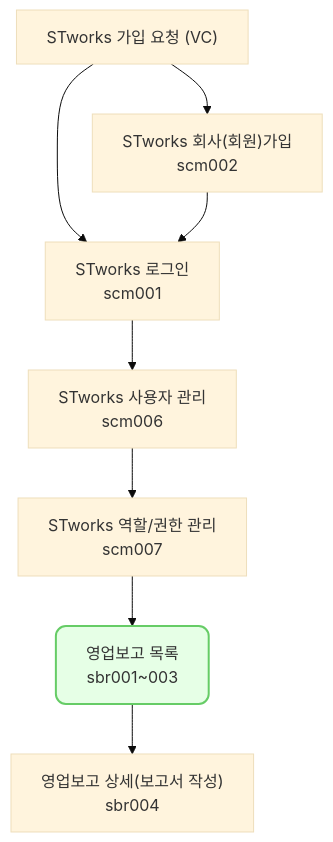
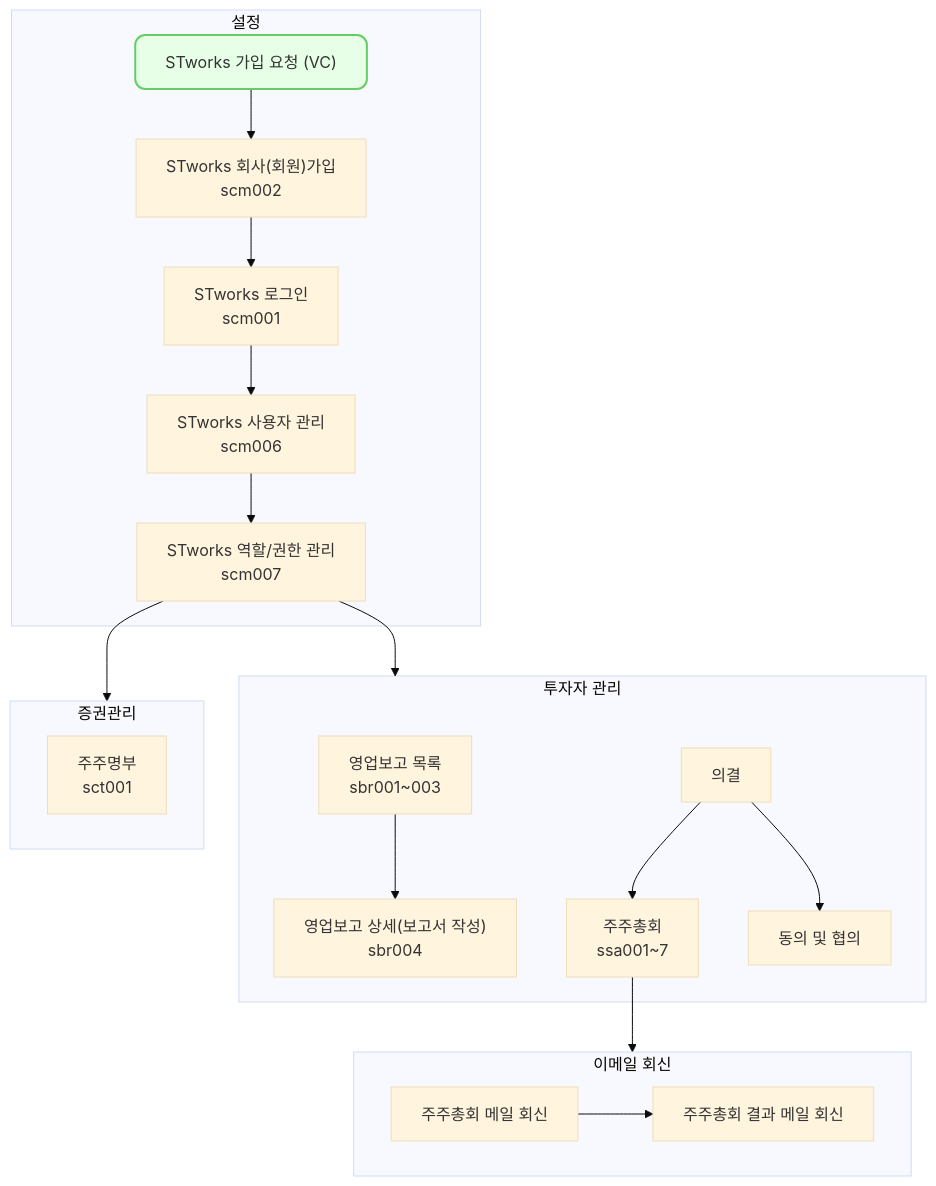
Before and after one commit to ddock-ddock/stworks.github.io: the diagram in _posts/2024-09-05-sbr001.md, drawn with Mermaid (base theme). The commit also changed other lines of this file and 6 other files, not shown here.

````diff
--- a/_posts/2024-09-05-sbr001.md
+++ b/_posts/2024-09-05-sbr001.md
@@ -58,27 +58,61 @@
 ```mermaid
 flowchart TD
-    n1["STworks 가입 요청 (VC)"]
-    n2["STworks 회사(회원)가입<br>scm002"]
-    n3["STworks 로그인<br>scm001"]
-    n4["STworks 사용자 관리<br>scm006"]
-    n5["STworks 역할/권한 관리<br>scm007"]
-    n6["영업보고 목록<br>sbr001~003"]
-    n7["영업보고 상세(보고서 작성)<br>sbr004"]
-    
-    n1 --> n2
-    n1 --> n3
-    n2 --> n3
-    n3 --> n4
-    n4 --> n5
-    n5 --> n6
-    n6 --> n7
 
-    click n2 "{% post_url 2024-09-01-scm002 %}" " "
-    click n3 "{% post_url 2024-09-02-scm001 %}" " "
-    click n4 "{% post_url 2024-09-03-scm006 %}" " "
-    click n5 "{% post_url 2024-09-04-scm007 %}" " "
-    click n6 "{% post_url 2024-09-05-sbr001 %}" " "
-    click n7 "{% post_url 2024-09-06-sbr004 %}" " "
+subgraph s1["설정"]
+    n1["STworks 가입 요청 (VC)"]
+    n2["STworks 회사(회원)가입<br>scm002"]
+    n3["STworks 로그인<br>scm001"]
+    n4["STworks 사용자 관리<br>scm006"]
+    n5["STworks 역할/권한 관리<br>scm007"]
+end
 
-    style n6 fill:#e6ffe6,stroke:#66cc66,stroke-width:2px,rx:10,ry:10,color:#333333,fontColor:#333333
+  
+
+subgraph s2["투자자 관리"]
+    n6["영업보고 목록<br>sbr001~003"]
+    n7["영업보고 상세(보고서 작성)<br>sbr004"]
+    n9["의결"]
+    n10["주주총회<br>ssa001~7"]
+    n11["동의 및 협의"]
+end
+
+  
+
+subgraph s3["증권관리"]
+    n8["주주명부<br>sct001"]
+end
+
+  
+
+subgraph s4["이메일 회신"]
+    n12["주주총회 메일 회신"]
+    n13["주주총회 결과 메일 회신"]
+end
+
+
+    n1 --> n2
+    n2 --> n3
+    n3 --> n4
+    n4 --> n5
+    n5 --> s2 & s3
+    n6 --> n7
+    n9 --> n10 & n11
+    n10 --> s4
+    n12 --> n13
+
+  
+  
+
+    style n1 fill:#e6ffe6,stroke:#66cc66,stroke-width:2px,rx:10,ry:10,color:#333333,fontColor:#333333
+
+    click n2 "{% post_url 2024-09-01-scm002 %}"
+    click n3 "{% post_url 2024-09-02-scm001 %}"
+    click n4 "{% post_url 2024-09-03-scm006 %}"
+    click n5 "{% post_url 2024-09-04-scm007 %}"
+    click n6 "{% post_url 2024-09-05-sbr001 %}"
+    click n7 "{% post_url 2024-09-06-sbr004 %}"
+    click n8 "{% post_url 2024-09-07-sct001 %}"
+    click n10 "{% post_url 2024-09-08-ssa001~7 %}"
+    click n12 "{% post_url 2024-09-09-sie002 %}"
+    click n13 "{% post_url 2024-09-10-sie003 %}"
 ```
````
